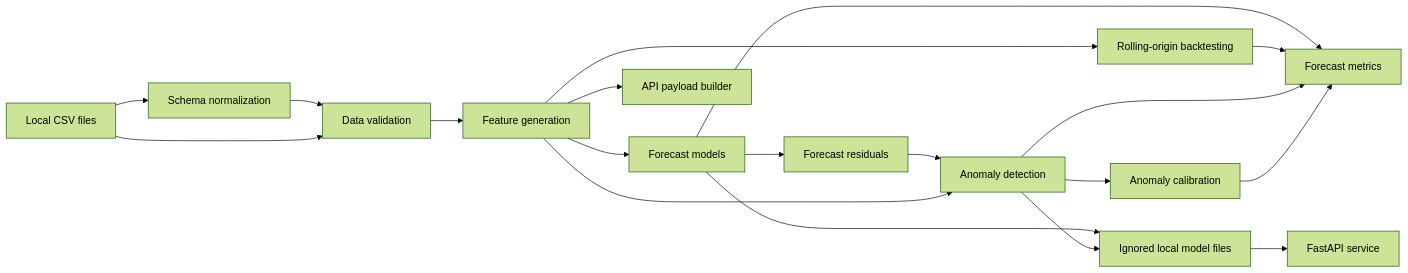
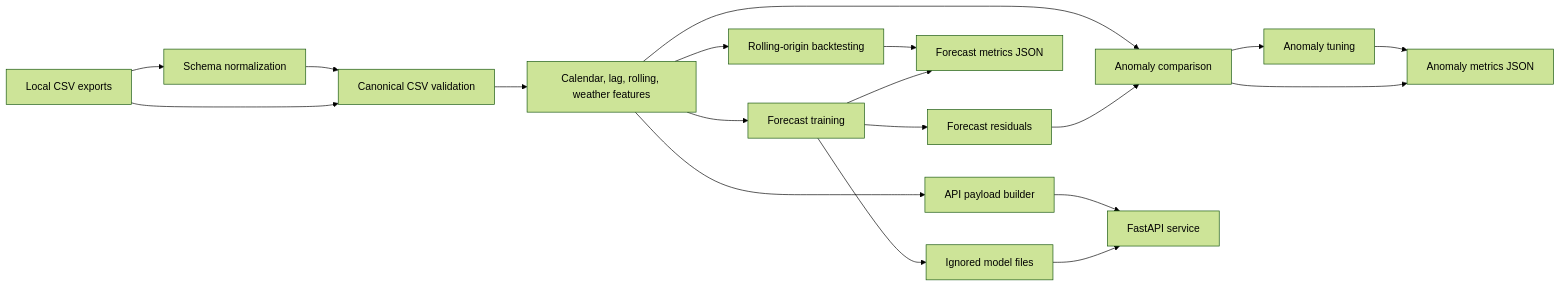
One commit to AmmarHafeez/energy-forecasting-anomaly-platform changed the diagram in docs/architecture.md. Above: the diagram before and after it, drawn with Mermaid (forest theme). The commit also changed other lines of this file and 3 other files, not shown here.

````diff
--- a/docs/architecture.md
+++ b/docs/architecture.md
@@ -5,21 +6,21 @@
 ```mermaid
 flowchart LR
-    CSV["Local CSV files"] --> Normalizer["Schema normalization"]
-    Normalizer --> Parser["Data validation"]
-    CSV --> Parser
-    Parser --> Features["Feature generation"]
-    Features --> Forecast["Forecast models"]
+    Raw["Local CSV exports"] --> Normalize["Schema normalization"]
+    Raw --> Parser["Canonical CSV validation"]
+    Normalize --> Parser
+    Parser --> Features["Calendar, lag, rolling, weather features"]
+    Features --> Train["Forecast training"]
     Features --> Backtest["Rolling-origin backtesting"]
-    Forecast --> Residuals["Forecast residuals"]
-    Residuals --> Anomaly["Anomaly detection"]
+    Train --> ModelStore["Ignored model files"]
+    Train --> ForecastMetrics["Forecast metrics JSON"]
+    Backtest --> ForecastMetrics
+    Train --> Residuals["Forecast residuals"]
+    Residuals --> Anomaly["Anomaly comparison"]
     Features --> Anomaly
-    Anomaly --> Calibration["Anomaly calibration"]
-    Forecast --> Metrics["Forecast metrics"]
-    Backtest --> Metrics
-    Anomaly --> Metrics
-    Calibration --> Metrics
+    Anomaly --> Tuning["Anomaly tuning"]
+    Anomaly --> AnomalyMetrics["Anomaly metrics JSON"]
+    Tuning --> AnomalyMetrics
     Features --> Payload["API payload builder"]
-    Forecast --> Store["Ignored local model files"]
-    Anomaly --> Store
-    Store --> API["FastAPI service"]
+    ModelStore --> API["FastAPI service"]
+    Payload --> API
 ```
````
